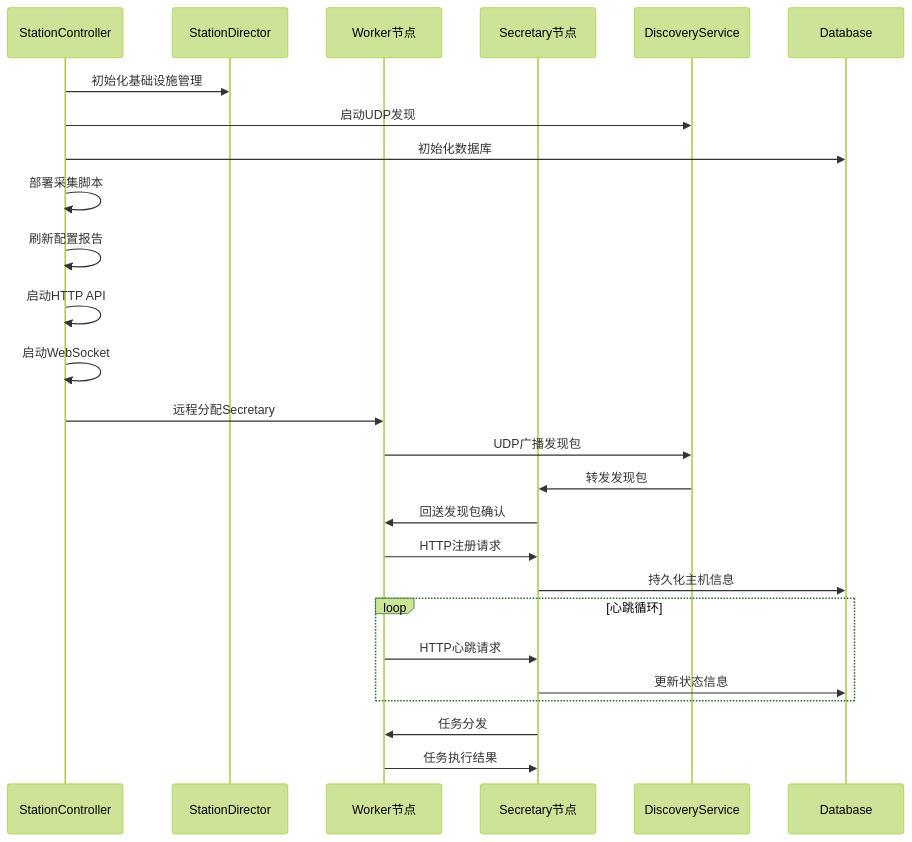
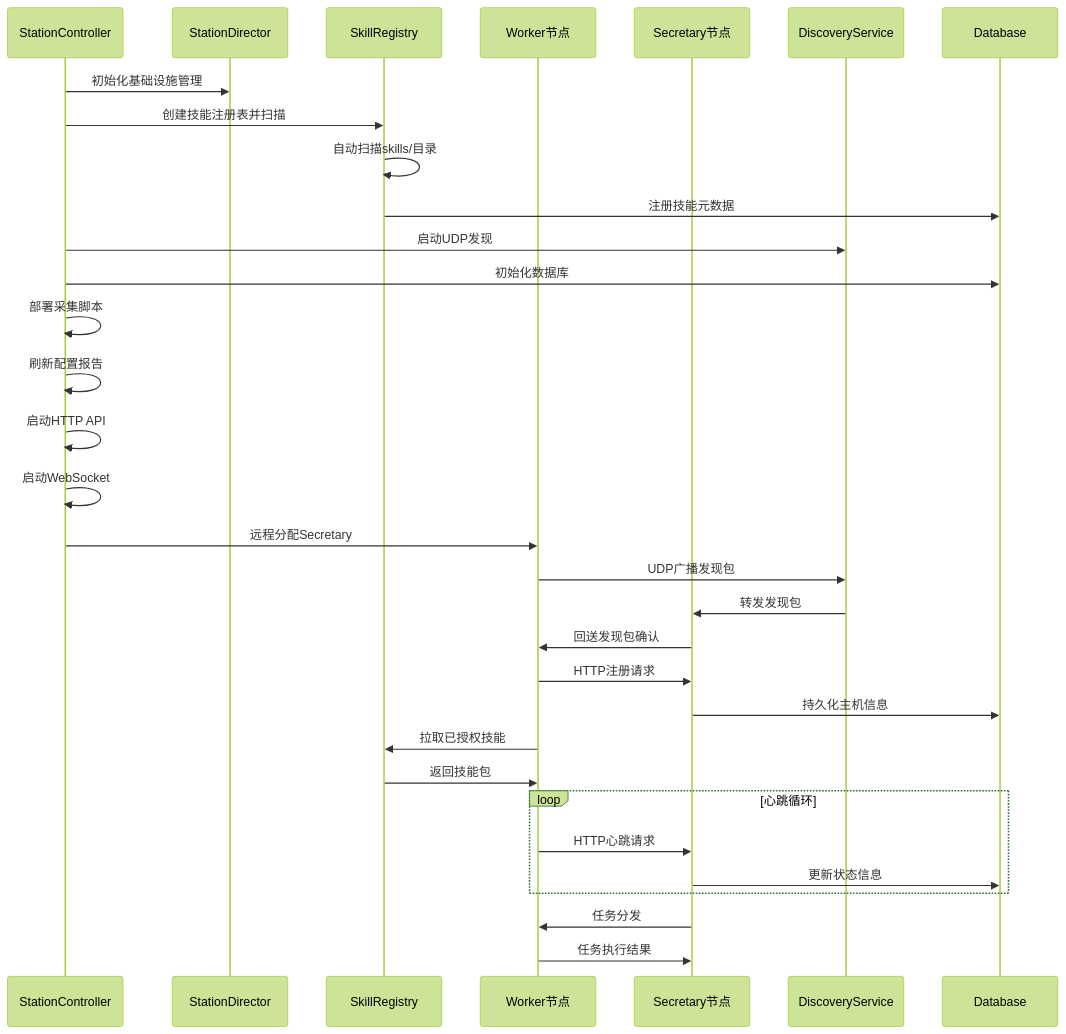
The fourth of 16 diagrams in .qoder/repowiki/zh/content/核心模块/工作站管理模块.md (targalian/Personal-distributed-workstation), drawn with Mermaid (forest theme) before and after one commit. The commit also changed other lines of this file and 92 other files, not shown here.

````diff
--- a/.qoder/repowiki/zh/content/核心模块/工作站管理模块.md
+++ b/.qoder/repowiki/zh/content/核心模块/工作站管理模块.md
@@ -281,28 +319,34 @@
 ```mermaid
 sequenceDiagram
 participant SC as StationController
 participant SD as StationDirector
+participant SR as SkillRegistry
 participant W as Worker节点
 participant S as Secretary节点
 participant D as DiscoveryService
 participant DB as Database
 SC->>SD : 初始化基础设施管理
+SC->>SR : 创建技能注册表并扫描
+SR->>SR : 自动扫描skills/目录
+SR->>DB : 注册技能元数据
 SC->>D : 启动UDP发现
 SC->>DB : 初始化数据库
 SC->>SC : 部署采集脚本
 SC->>SC : 刷新配置报告
 SC->>SC : 启动HTTP API
 SC->>SC : 启动WebSocket
 SC->>W : 远程分配Secretary
 W->>D : UDP广播发现包
 D->>S : 转发发现包
 S->>W : 回送发现包确认
 W->>S : HTTP注册请求
 S->>DB : 持久化主机信息
+W->>SR : 拉取已授权技能
+SR->>W : 返回技能包
 loop 心跳循环
 W->>S : HTTP心跳请求
 S->>DB : 更新状态信息
 end
 S->>W : 任务分发
 W->>S : 任务执行结果
 ```
````
